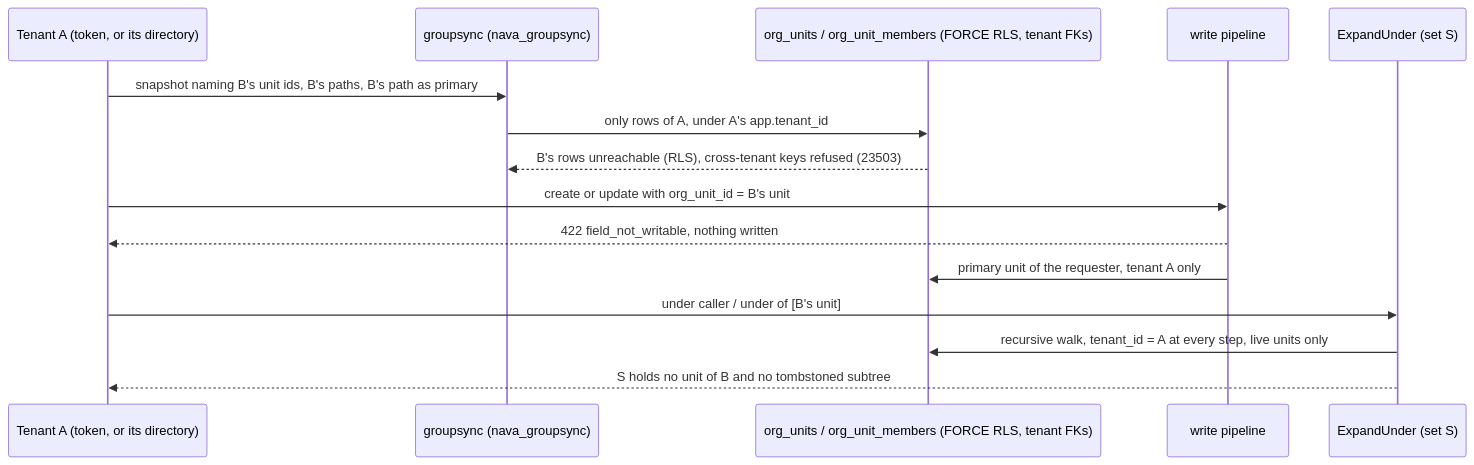
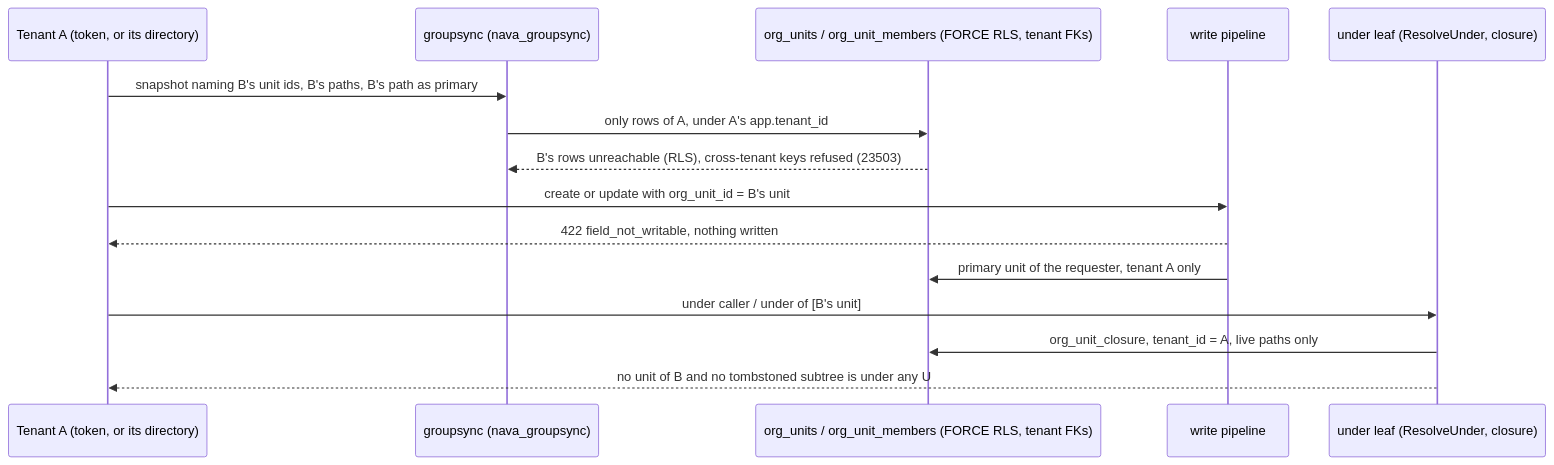
Before and after one commit to Navaladi2019/TicketingSystem: the diagram in docs/security/s31-org-unit-isolation.md, drawn with Mermaid. The commit also changed other lines of this file and 38 other files, not shown here.

````diff
--- a/docs/security/s31-org-unit-isolation.md
+++ b/docs/security/s31-org-unit-isolation.md
@@ -18,17 +17,17 @@
 ```mermaid
 sequenceDiagram
     participant A as Tenant A (token, or its directory)
     participant GS as groupsync (nava_groupsync)
     participant DB as org_units / org_unit_members (FORCE RLS, tenant FKs)
     participant PL as write pipeline
-    participant AZ as ExpandUnder (set S)
+    participant AZ as under leaf (ResolveUnder, closure)
     A->>GS: snapshot naming B's unit ids, B's paths, B's path as primary
     GS->>DB: only rows of A, under A's app.tenant_id
     DB-->>GS: B's rows unreachable (RLS), cross-tenant keys refused (23503)
     A->>PL: create or update with org_unit_id = B's unit
     PL-->>A: 422 field_not_writable, nothing written
     PL->>DB: primary unit of the requester, tenant A only
     A->>AZ: under caller / under of [B's unit]
-    AZ->>DB: recursive walk, tenant_id = A at every step, live units only
-    AZ-->>A: S holds no unit of B and no tombstoned subtree
+    AZ->>DB: org_unit_closure, tenant_id = A, live paths only
+    AZ-->>A: no unit of B and no tombstoned subtree is under any U
 ```
````
